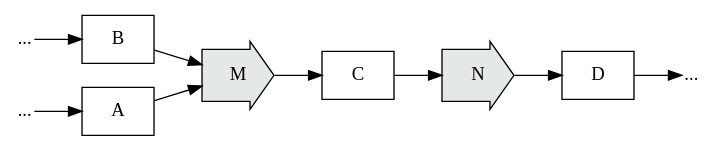
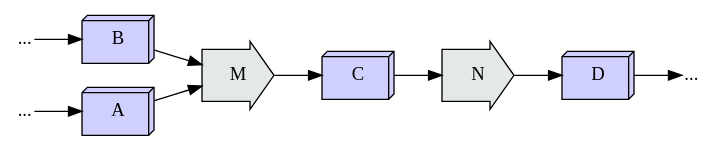
Before and after one commit to crutcher/crutcher.github.io-source: diagram 45 of 55 in source/Tapestry/index.md, drawn with Graphviz. The commit also changed other lines of this file and 2 other files, not shown here.

````diff
--- a/source/Tapestry/index.md
+++ b/source/Tapestry/index.md
@@ -5912,32 +5975,31 @@
 ```graphviz
 digraph G {
     rankdir=LR;
-    
-    A, B, C, D [shape=box];
+    A, B, C, D [shape=box3d, fillcolor="#d0d0ff", style=filled];
     
     M [
         shape=rarrow,
         style=filled,
         fillcolor="#E5E8E8",
         margin=0.25
     ];
     
     N [
         shape=rarrow,
         style=filled,
         fillcolor="#E5E8E8",
         margin=0.25
     ];
     
     A -> M;
     B -> M;
     M -> C;
     C -> N;
     N -> D;
     
     G1, G2, G3 [label="...", shape=plain];
     G1 -> A;
     G2 -> B;
     D -> G3;
 }
 ```
````
